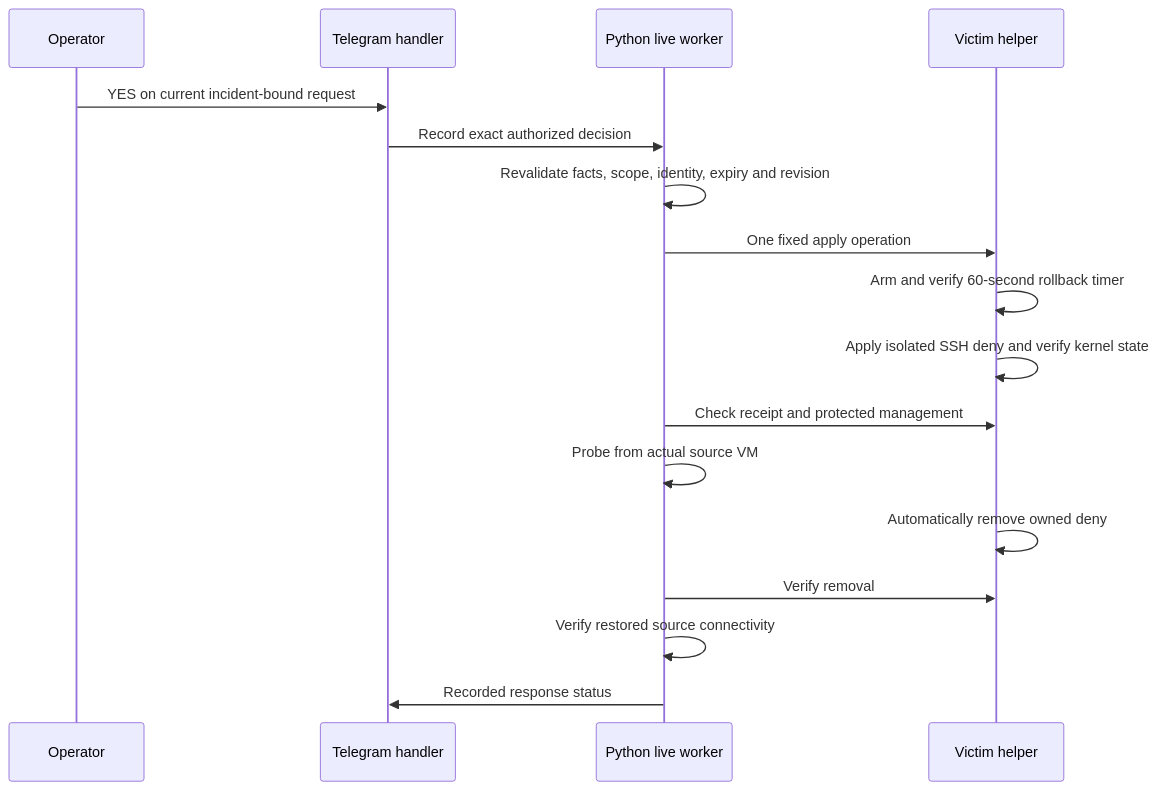
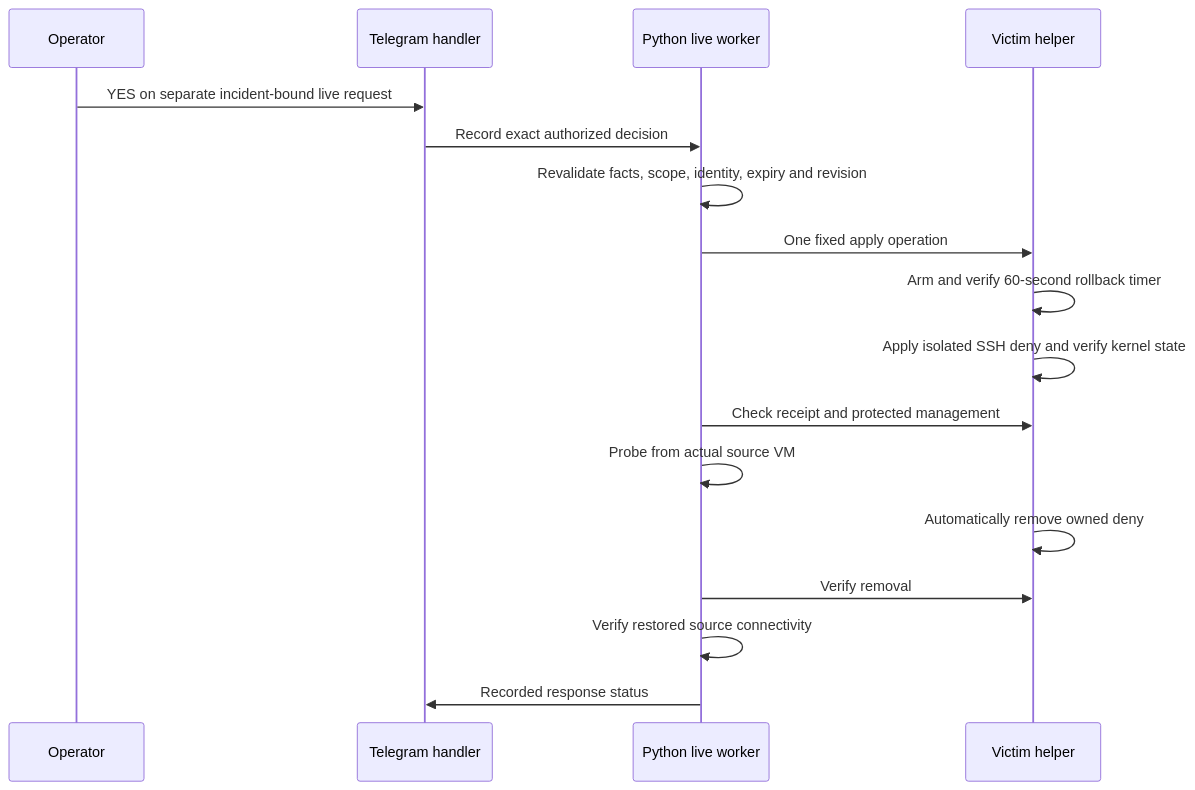
One commit to mashaojin/soar-investigation-windows changed the second of 2 diagrams in README.md. Above: the diagram before and after it, drawn with Mermaid. The commit also changed other lines of this file and 8 other files, not shown here.

Commit message:
Require separate live block approval after suspicious review

````diff
--- a/README.md
+++ b/README.md
@@ -287,19 +293,19 @@
 ```mermaid
 sequenceDiagram
     participant O as Operator
     participant T as Telegram handler
     participant P as Python live worker
     participant V as Victim helper
-    O->>T: YES on current incident-bound request
+    O->>T: YES on separate incident-bound live request
     T->>P: Record exact authorized decision
     P->>P: Revalidate facts, scope, identity, expiry and revision
     P->>V: One fixed apply operation
     V->>V: Arm and verify 60-second rollback timer
     V->>V: Apply isolated SSH deny and verify kernel state
     P->>V: Check receipt and protected management
     P->>P: Probe from actual source VM
     V->>V: Automatically remove owned deny
     P->>V: Verify removal
     P->>P: Verify restored source connectivity
     P->>T: Recorded response status
 ```
````
